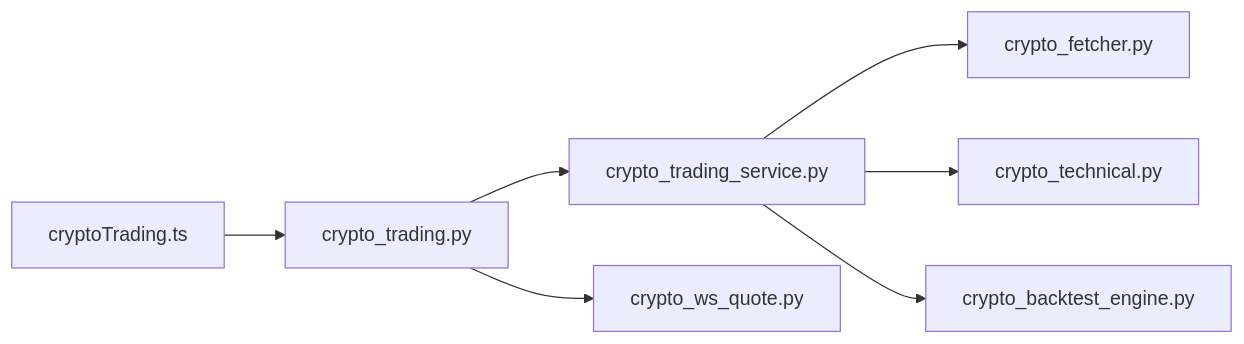
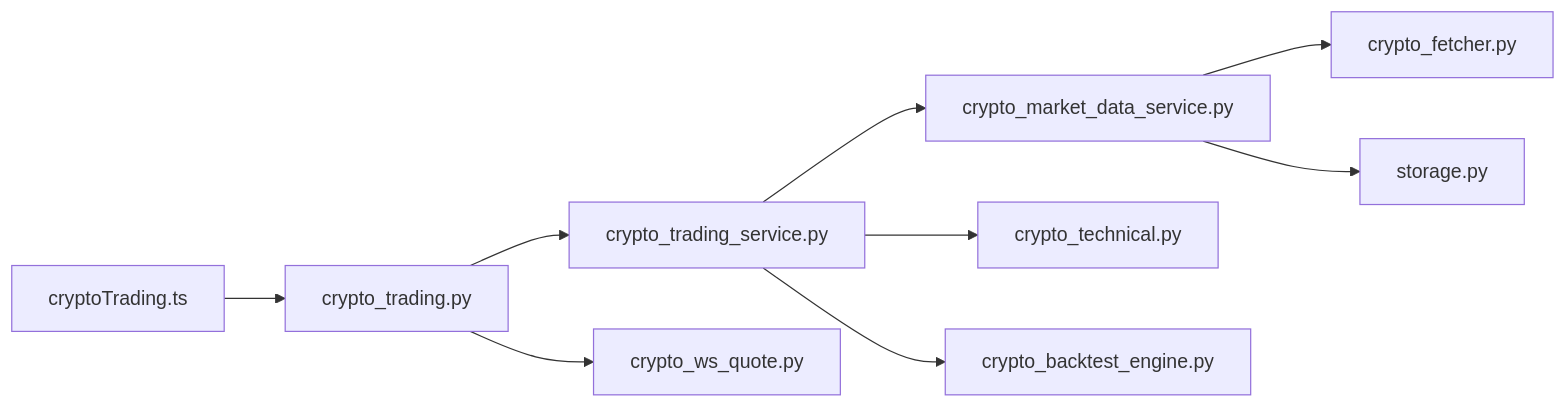
Diagram 12 of 12 in .qoder/repowiki/zh/content/API参考文档/加密货币交易API.md (anYaoooo/daily_stock_analysis), drawn with Mermaid before and after one commit. The commit also changed other lines of this file and 29 other files, not shown here.

````diff
--- a/.qoder/repowiki/zh/content/API参考文档/加密货币交易API.md
+++ b/.qoder/repowiki/zh/content/API参考文档/加密货币交易API.md
@@ -335,9 +452,11 @@
 ```mermaid
 graph LR
 FE_API["cryptoTrading.ts"] --> API["crypto_trading.py"]
 API --> SVC["crypto_trading_service.py"]
-SVC --> DF["crypto_fetcher.py"]
+SVC --> CMD["crypto_market_data_service.py"]
+CMD --> DF["crypto_fetcher.py"]
+CMD --> DB["storage.py"]
 SVC --> TECH["crypto_technical.py"]
 SVC --> BT["crypto_backtest_engine.py"]
 API --> WS["crypto_ws_quote.py"]
 ```
````
